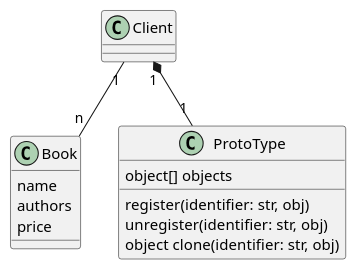
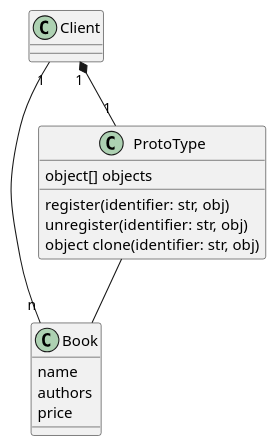
The diagram in dp/builder/prototype.puml (ustcxmwu/Study), drawn with PlantUML before and after one commit. The commit also changed 12 other files, not shown here.

```diff
--- a/dp/builder/prototype.puml
+++ b/dp/builder/prototype.puml
@@ -1,22 +1,23 @@
 @startuml
 
 class Book {
     name
     authors
     price
 }
 
 class ProtoType {
     object[] objects
     register(identifier: str, obj)
     unregister(identifier: str, obj)
     object clone(identifier: str, obj)
 }
 
 class Client
 
 Client "1"--"n" Book
 Client "1"*--"1" ProtoType
+ProtoType -- Book
 
 
 @enduml
```
